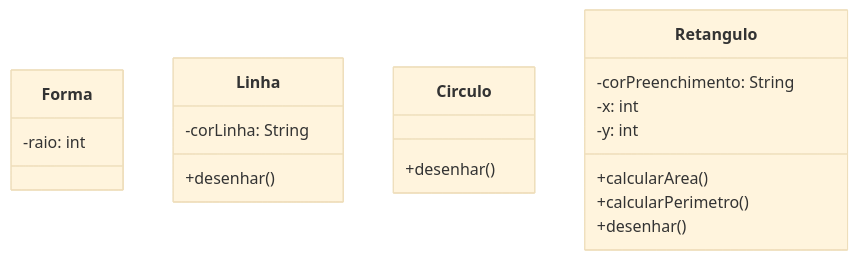
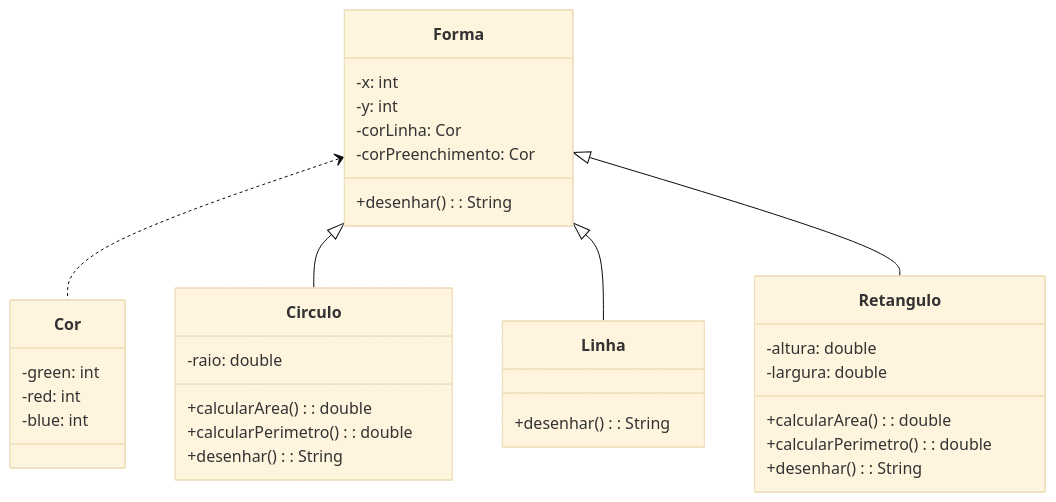
The diagram in forma/Readme.md (Vitor-TWN/poo), drawn with Mermaid (base theme) before and after one commit. The commit also changed 5 other files, not shown here.

````diff
--- a/forma/Readme.md
+++ b/forma/Readme.md
@@ -1,27 +1,44 @@
 ```mermaid
 classDiagram
     direction TD
     
+    Forma <.. Cor
+    Forma <|-- Circulo
+    Forma <|-- Linha
+    Forma <|-- Retangulo
+    
+
     
     class Forma {
-        -raio: int
+        -x: int
+        -y: int
+        -corLinha: Cor
+        -corPreenchimento: Cor
+        +desenhar(): String
+    }
+
+    class Cor {
+        -green: int
+        -red: int
+        -blue: int
     }
     
     class Linha{
-        -corLinha: String
-        +desenhar()
+        +desenhar(): String
     }
     
     class Circulo{
-        +desenhar()
+        -raio: double
+        +calcularArea(): double
+        +calcularPerimetro(): double
+        +desenhar(): String
     }
     
     class Retangulo{
-        -corPreenchimento: String
-        -x: int
-        -y: int
-        +calcularArea()
-        +calcularPerimetro()
-        +desenhar()
+        -altura: double
+        -largura: double
+        +calcularArea(): double
+        +calcularPerimetro(): double
+        +desenhar(): String
     }
 ```
````
